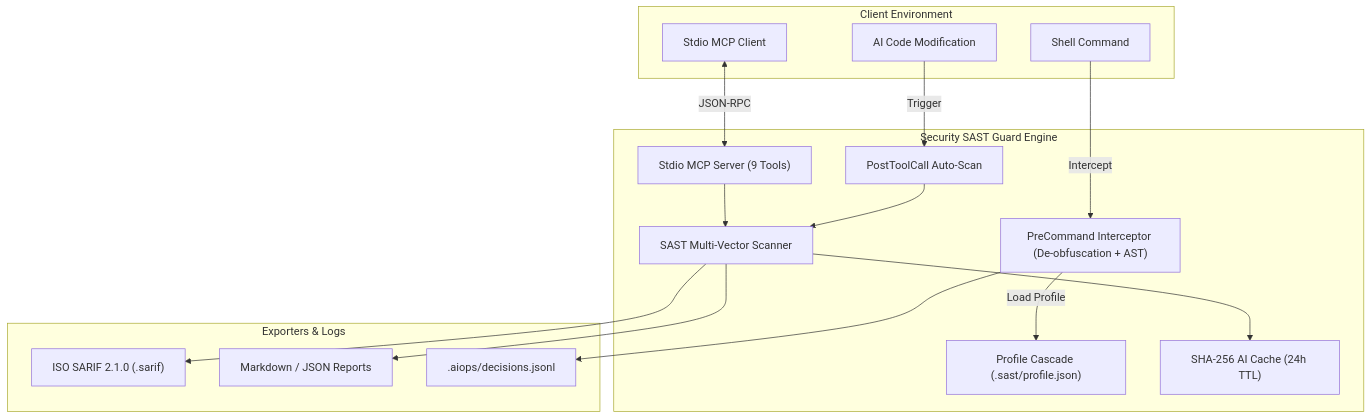
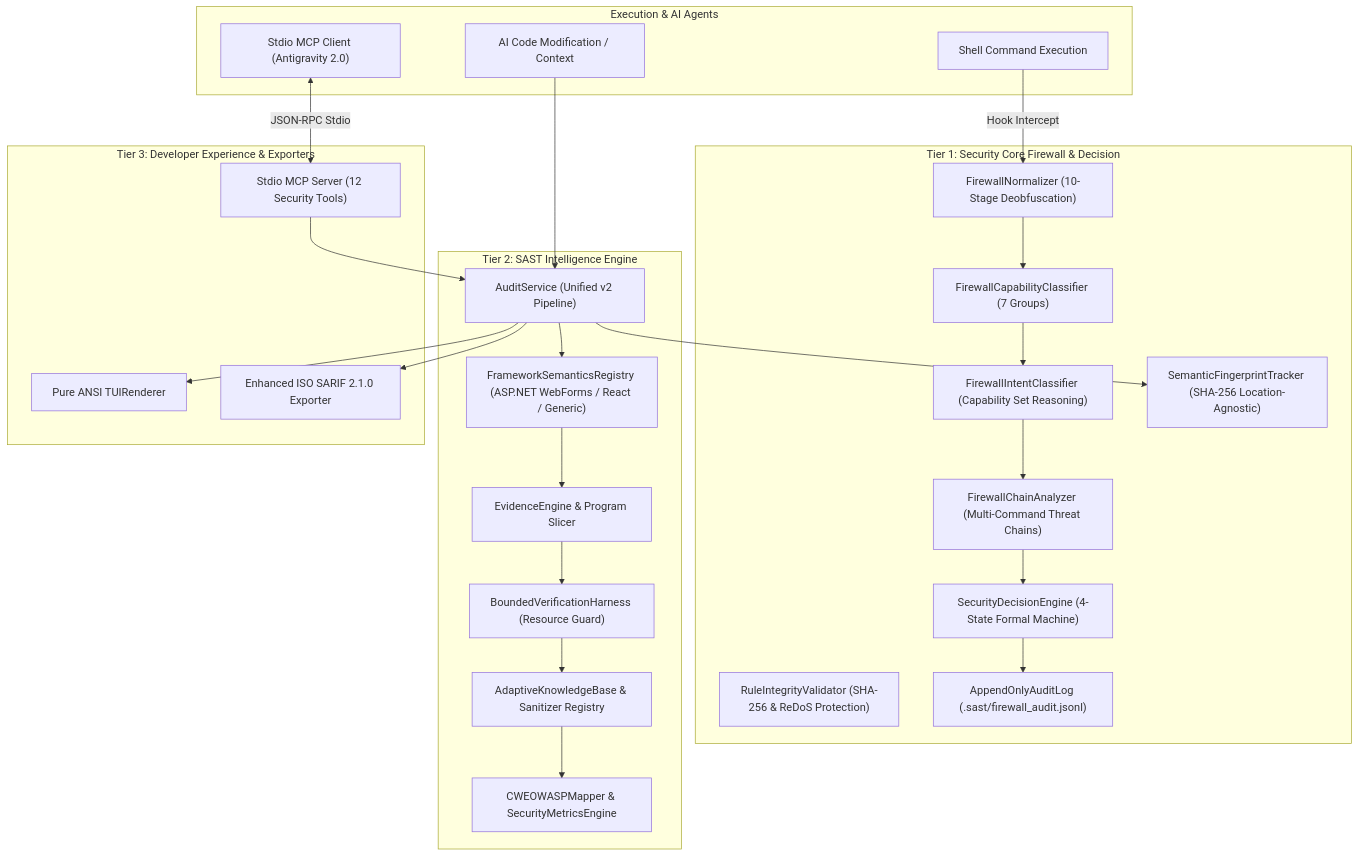
The diagram in README.md (nguyenduydan/security-sast-guard-plugin), drawn with Mermaid before and after one commit. The commit also changed other lines of this file and 8 other files, not shown here.

First line of the commit message:
feat(dx)!: implement v2.0.0 Tier 3 developer experience modules

````diff
--- a/README.md
+++ b/README.md
@@ -42,34 +42,44 @@
 ```mermaid
 flowchart TD
-    subgraph Client["Client Environment"]
-        CmdInput["Shell Command"]
-        FileEdit["AI Code Modification"]
-        MCPClient["Stdio MCP Client"]
+    subgraph Input["Execution & AI Agents"]
+        ShellCmd["Shell Command Execution"]
+        AICodeEdit["AI Code Modification / Context"]
+        MCPClient["Stdio MCP Client (Antigravity 2.0)"]
     end
 
-    subgraph CoreEngine["Security SAST Guard Engine"]
-        Firewall["PreCommand Interceptor (De-obfuscation + AST)"]
-        HookScan["PostToolCall Auto-Scan"]
-        MCPServer["Stdio MCP Server (9 Tools)"]
-        Resolver["Profile Cascade (.sast/profile.json)"]
-        SASTScan["SAST Multi-Vector Scanner"]
-        AICache["SHA-256 AI Cache (24h TTL)"]
-      end
-
-    subgraph Exporters["Exporters & Logs"]
-        SARIF["ISO SARIF 2.1.0 (.sarif)"]
-        MDJSON["Markdown / JSON Reports"]
-        AuditLog[".aiops/decisions.jsonl"]
+    subgraph Tier1["Tier 1: Security Core Firewall & Decision"]
+        Deobf["FirewallNormalizer (10-Stage Deobfuscation)"]
+        CapClass["FirewallCapabilityClassifier (7 Groups)"]
+        IntentClass["FirewallIntentClassifier (Capability Set Reasoning)"]
+        ChainAnal["FirewallChainAnalyzer (Multi-Command Threat Chains)"]
+        DecisionEng["SecurityDecisionEngine (4-State Formal Machine)"]
+        FPTracker["SemanticFingerprintTracker (SHA-256 Location-Agnostic)"]
+        RuleInteg["RuleIntegrityValidator (SHA-256 & ReDoS Protection)"]
+        AuditLog["AppendOnlyAuditLog (.sast/firewall_audit.jsonl)"]
     end
 
-    CmdInput -->|"Intercept"| Firewall
-    FileEdit -->|"Trigger"| HookScan
-    Firewall -->|"Load Profile"| Resolver
-    HookScan --> SASTScan
-    MCPClient <-->|"JSON-RPC"| MCPServer
-    MCPServer --> SASTScan
-    SASTScan --> AICache
-    SASTScan --> SARIF
-    SASTScan --> MDJSON
-    Firewall --> AuditLog
+    subgraph Tier2["Tier 2: SAST Intelligence Engine"]
+        EvidEngine["EvidenceEngine & Program Slicer"]
+        Harness["BoundedVerificationHarness (Resource Guard)"]
+        AdaptiveKB["AdaptiveKnowledgeBase & Sanitizer Registry"]
+        MetricsMapper["CWEOWASPMapper & SecurityMetricsEngine"]
+        FrameworkSem["FrameworkSemanticsRegistry (ASP.NET WebForms / React / Generic)"]
+        AuditSvc["AuditService (Unified v2 Pipeline)"]
+    end
+
+    subgraph Tier3["Tier 3: Developer Experience & Exporters"]
+        TUI["Pure ANSI TUIRenderer"]
+        SARIF["Enhanced ISO SARIF 2.1.0 Exporter"]
+        MCPServer["Stdio MCP Server (12 Security Tools)"]
+    end
+
+    ShellCmd -->|"Hook Intercept"| Deobf
+    Deobf --> CapClass --> IntentClass --> ChainAnal --> DecisionEng
+    DecisionEng --> AuditLog
+    AICodeEdit --> AuditSvc
+    MCPClient <-->|"JSON-RPC Stdio"| MCPServer
+    MCPServer --> AuditSvc
+    AuditSvc --> FrameworkSem --> EvidEngine --> Harness --> AdaptiveKB --> MetricsMapper
+    AuditSvc --> FPTracker
+    AuditSvc --> TUI & SARIF
 ```
````
